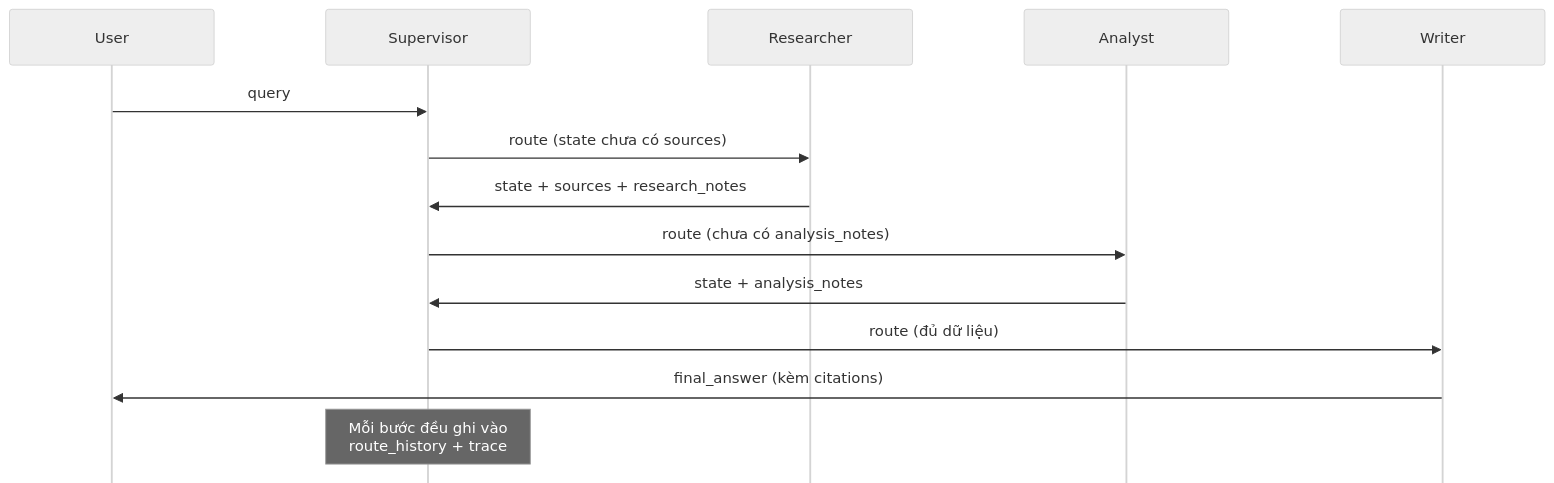
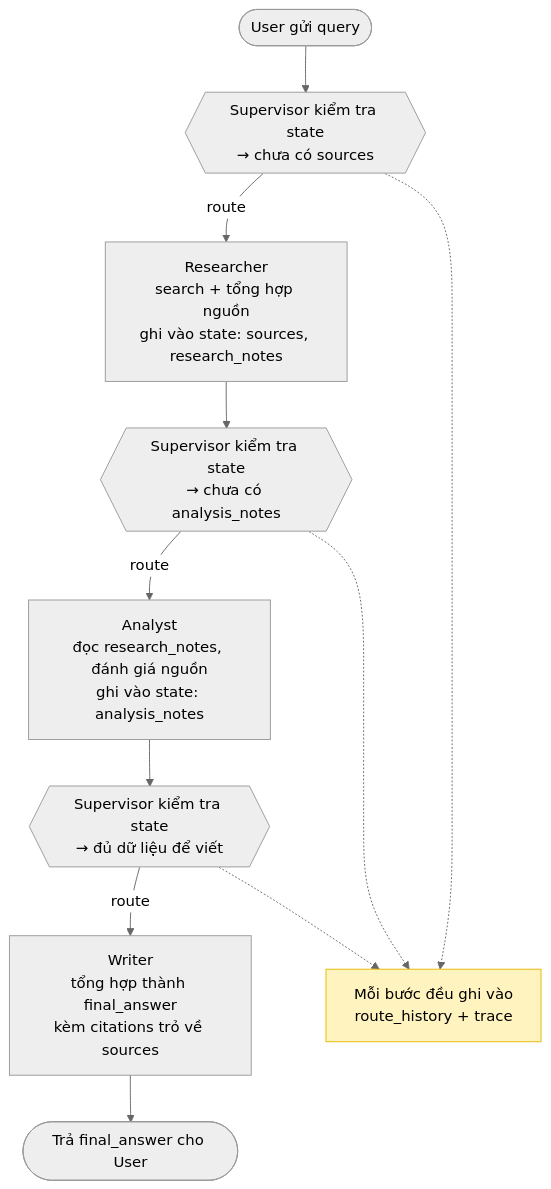
Before and after one commit to AnKun10/Day20-2A202601078-VuHuuAn: the second of 2 diagrams in docs/codelab.md, drawn with Mermaid (neutral theme).

Commit message:
docs: replace small sequence diagram with vertical flowchart

````diff
--- a/docs/codelab.md
+++ b/docs/codelab.md
@@ -83,18 +83,17 @@
 ```mermaid
-%%{init: {"sequence": {"actorFontSize": 20, "messageFontSize": 18, "noteFontSize": 16, "actorMargin": 120, "width": 220, "height": 60, "boxMargin": 12, "messageMargin": 45, "mirrorActors": false}}}%%
-sequenceDiagram
-    participant U as User
-    participant S as Supervisor
-    participant R as Researcher
-    participant A as Analyst
-    participant W as Writer
+flowchart TD
+    U([User gửi query]) --> S1{{"Supervisor kiểm tra state<br/>→ chưa có sources"}}
+    S1 -->|route| R["Researcher<br/>search + tổng hợp nguồn<br/>ghi vào state: sources, research_notes"]
+    R --> S2{{"Supervisor kiểm tra state<br/>→ chưa có analysis_notes"}}
+    S2 -->|route| A["Analyst<br/>đọc research_notes, đánh giá nguồn<br/>ghi vào state: analysis_notes"]
+    A --> S3{{"Supervisor kiểm tra state<br/>→ đủ dữ liệu để viết"}}
+    S3 -->|route| W["Writer<br/>tổng hợp thành final_answer<br/>kèm citations trỏ về sources"]
+    W --> DONE([Trả final_answer cho User])
 
-    U->>S: query
-    S->>R: route (state chưa có sources)
-    R->>S: state + sources + research_notes
-    S->>A: route (chưa có analysis_notes)
-    A->>S: state + analysis_notes
-    S->>W: route (đủ dữ liệu)
-    W->>U: final_answer (kèm citations)
-    Note over S: Mỗi bước đều ghi vào<br/>route_history + trace
+    T["Mỗi bước đều ghi vào<br/>route_history + trace"]
+    S1 -.-> T
+    S2 -.-> T
+    S3 -.-> T
+
+    style T fill:#fff3bf,stroke:#e6b800
 ```
````
